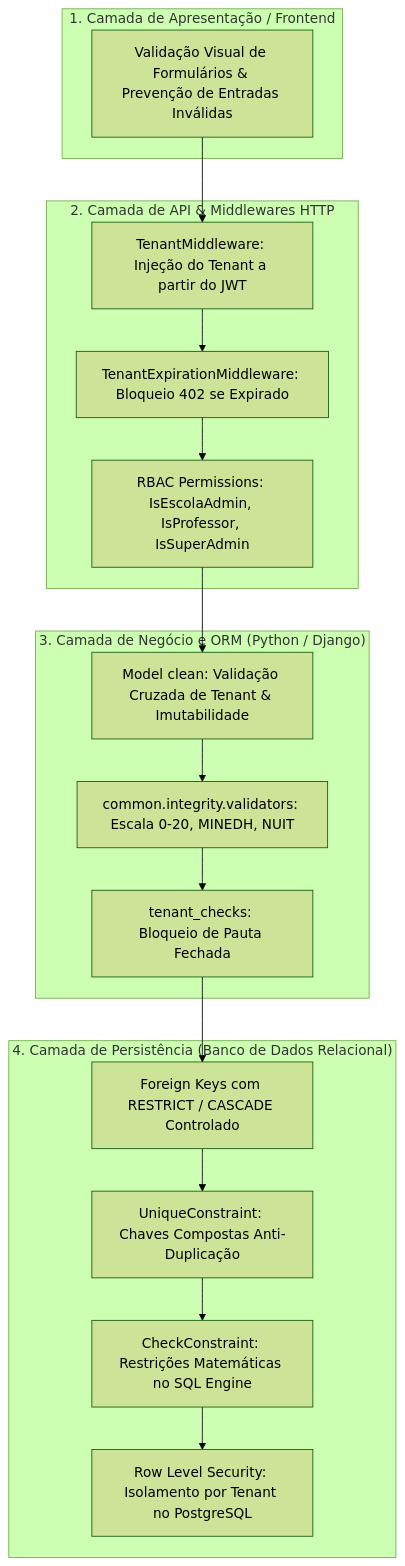
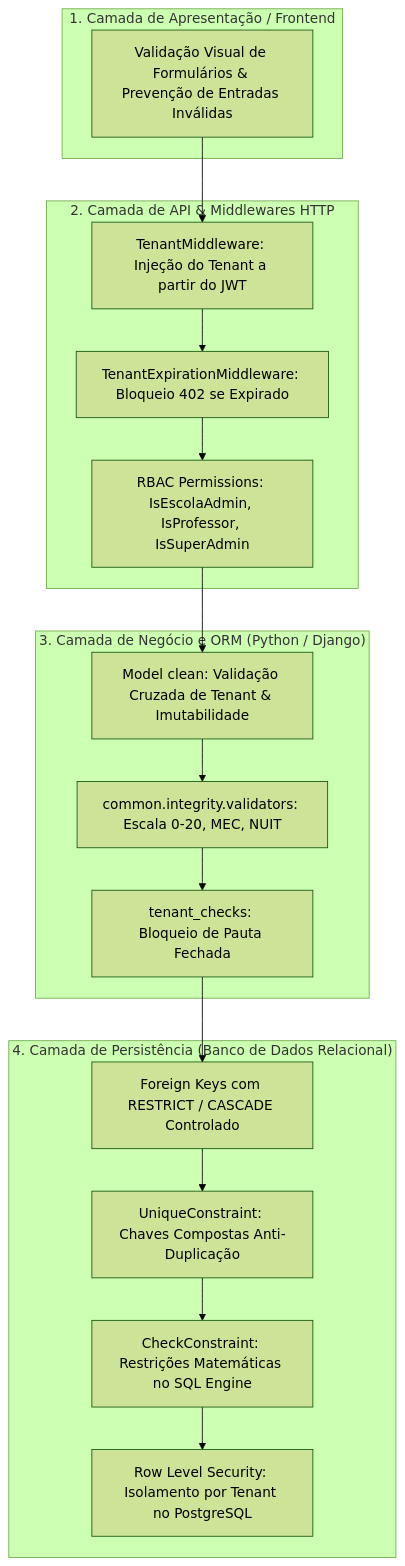
The first of 3 diagrams in backend/docs/REGRAS_DE_INTEGRIDADE.md (mandamulefernandojose18-max/SIGE-Sistema-Integrado-de-Gest-o-Escolar), drawn with Mermaid (forest theme) before and after one commit. The commit also changed other lines of this file and 32 other files, not shown here.

Commit message:
feat: substituir MINEDH por MEC (Ministerio de Educacao e Cultura) e suporte a multiplos logotipos

````diff
--- a/backend/docs/REGRAS_DE_INTEGRIDADE.md
+++ b/backend/docs/REGRAS_DE_INTEGRIDADE.md
@@ -17,27 +17,27 @@
 ```mermaid
 flowchart TD
     subgraph L1 ["1. Camada de Apresentação / Frontend"]
         UI[Validação Visual de Formulários & Prevenção de Entradas Inválidas]
     end
 
     subgraph L2 ["2. Camada de API & Middlewares HTTP"]
         MW_Tenant[TenantMiddleware: Injeção do Tenant a partir do JWT]
         MW_Exp[TenantExpirationMiddleware: Bloqueio 402 se Expirado]
         RBAC_Gate[RBAC Permissions: IsEscolaAdmin, IsProfessor, IsSuperAdmin]
     end
 
     subgraph L3 ["3. Camada de Negócio e ORM (Python / Django)"]
         Clean_Val[Model clean: Validação Cruzada de Tenant & Imutabilidade]
-        Domain_Val[common.integrity.validators: Escala 0-20, MINEDH, NUIT]
+        Domain_Val[common.integrity.validators: Escala 0-20, MEC, NUIT]
         Service_Check[tenant_checks: Bloqueio de Pauta Fechada]
     end
 
     subgraph L4 ["4. Camada de Persistência (Banco de Dados Relacional)"]
         FK_C[Foreign Keys com RESTRICT / CASCADE Controlado]
         Unique_C[UniqueConstraint: Chaves Compostas Anti-Duplicação]
         Check_C[CheckConstraint: Restrições Matemáticas no SQL Engine]
         RLS[Row Level Security: Isolamento por Tenant no PostgreSQL]
     end
 
     UI --> MW_Tenant --> MW_Exp --> RBAC_Gate --> Clean_Val --> Domain_Val --> Service_Check --> FK_C --> Unique_C --> Check_C --> RLS
 ```
````
